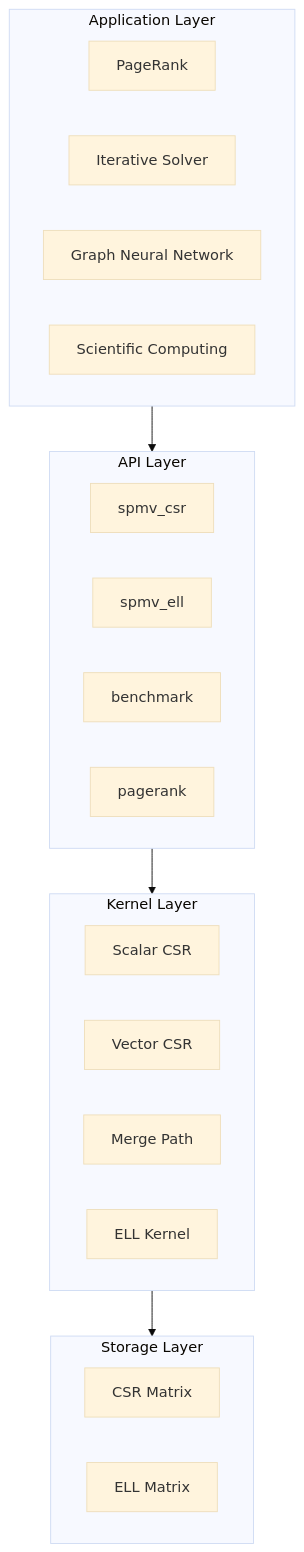
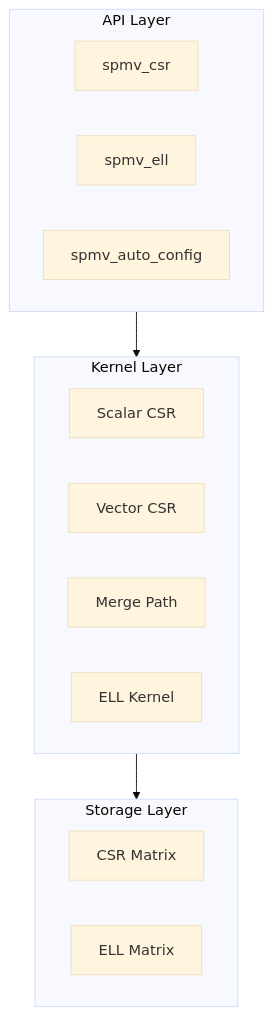
The diagram in docs/en/architecture/overview.md (build-workbench/gpu-spmv), drawn with Mermaid (base theme) before and after one commit. The commit also changed other lines of this file and 86 other files, not shown here.

````diff
--- a/docs/en/architecture/overview.md
+++ b/docs/en/architecture/overview.md
@@ -7,32 +7,23 @@
 ```mermaid
 graph TB
-    subgraph Application["Application Layer"]
-        PR[PageRank]
-        IS[Iterative Solver]
-        GNN[Graph Neural Network]
-        SC[Scientific Computing]
-    end
-
     subgraph API["API Layer"]
         spmv_csr[spmv_csr]
         spmv_ell[spmv_ell]
-        benchmark[benchmark]
-        pagerank[pagerank]
+        auto_cfg[spmv_auto_config]
     end
 
     subgraph Kernel["Kernel Layer"]
         Scalar["Scalar CSR"]
         Vector["Vector CSR"]
         Merge["Merge Path"]
         ELL["ELL Kernel"]
     end
 
     subgraph Storage["Storage Layer"]
         CSR_M["CSR Matrix"]
         ELL_M["ELL Matrix"]
     end
 
-    Application --> API
     API --> Kernel
     Kernel --> Storage
 ```
````
